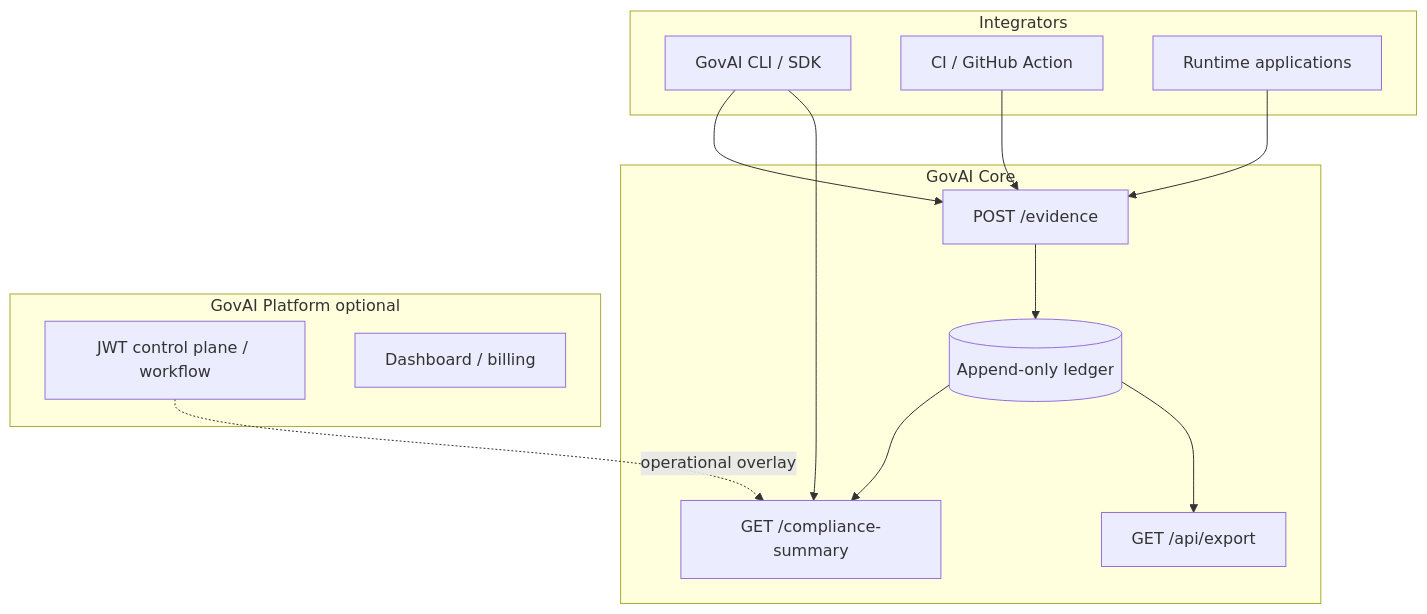
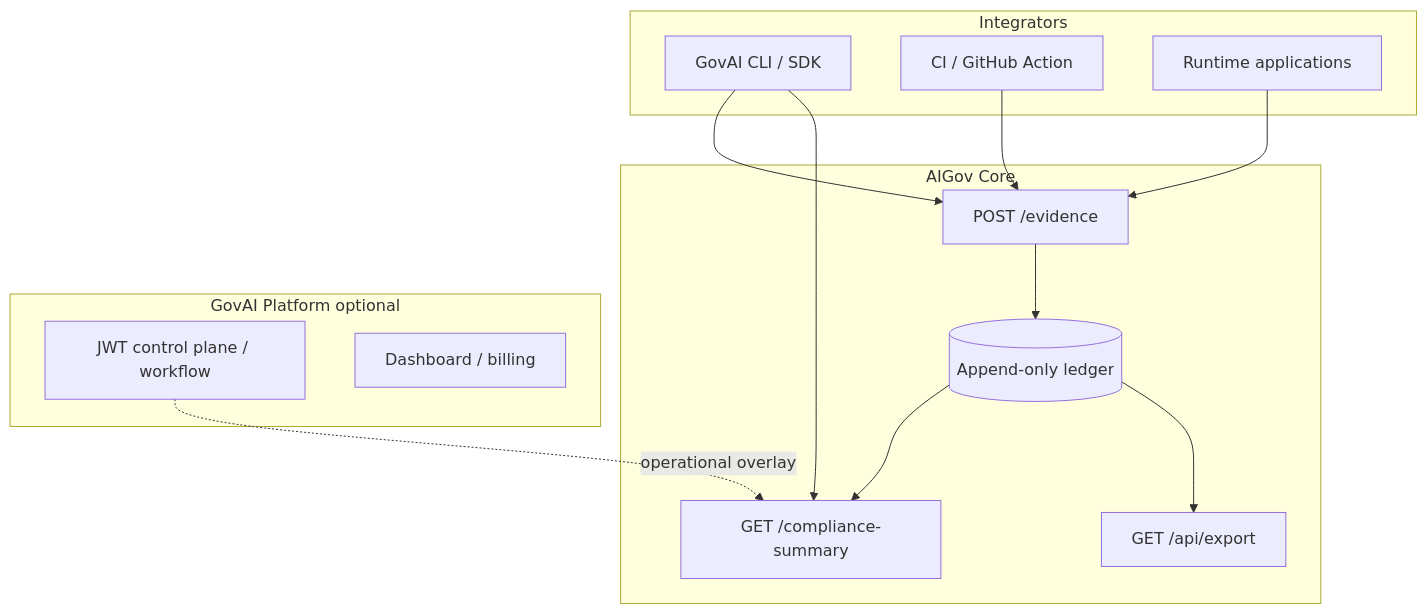
Before and after one commit to MonikaDvorackova/aigov-core: the diagram in docs/architecture/overview.md, drawn with Mermaid. The commit also changed other lines of this file and 108 other files, not shown here.

````diff
--- a/docs/architecture/overview.md
+++ b/docs/architecture/overview.md
@@ -18,25 +18,25 @@
 ```mermaid
 flowchart TB
   subgraph clients [Integrators]
     CLI[GovAI CLI / SDK]
     CI[CI / GitHub Action]
     RT[Runtime applications]
   end
-  subgraph core [GovAI Core]
+  subgraph core [AIGov Core]
     ING[POST /evidence]
     LED[(Append-only ledger)]
     SUM[GET /compliance-summary]
     EXP[GET /api/export]
     ING --> LED --> SUM
     LED --> EXP
   end
   subgraph platform [GovAI Platform optional]
     CP[JWT control plane / workflow]
     WEB[Dashboard / billing]
   end
   CLI --> ING
   CI --> ING
   RT --> ING
   CLI --> SUM
   CP -.operational overlay.-> SUM
 ```
````
